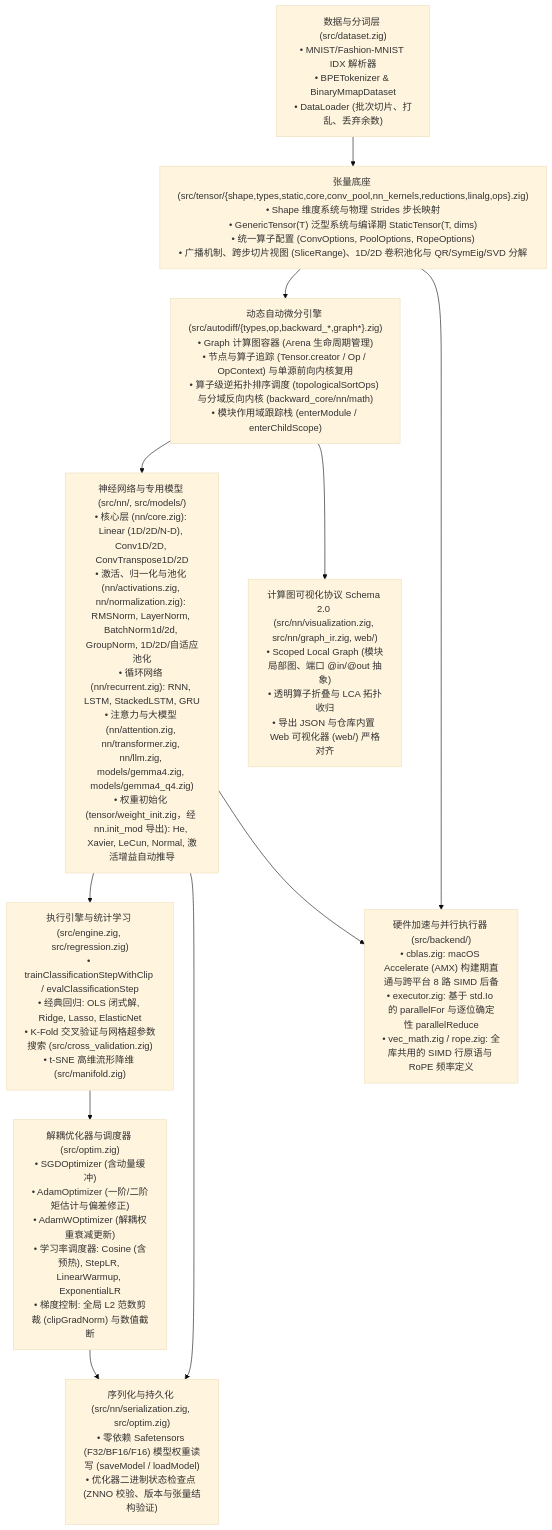
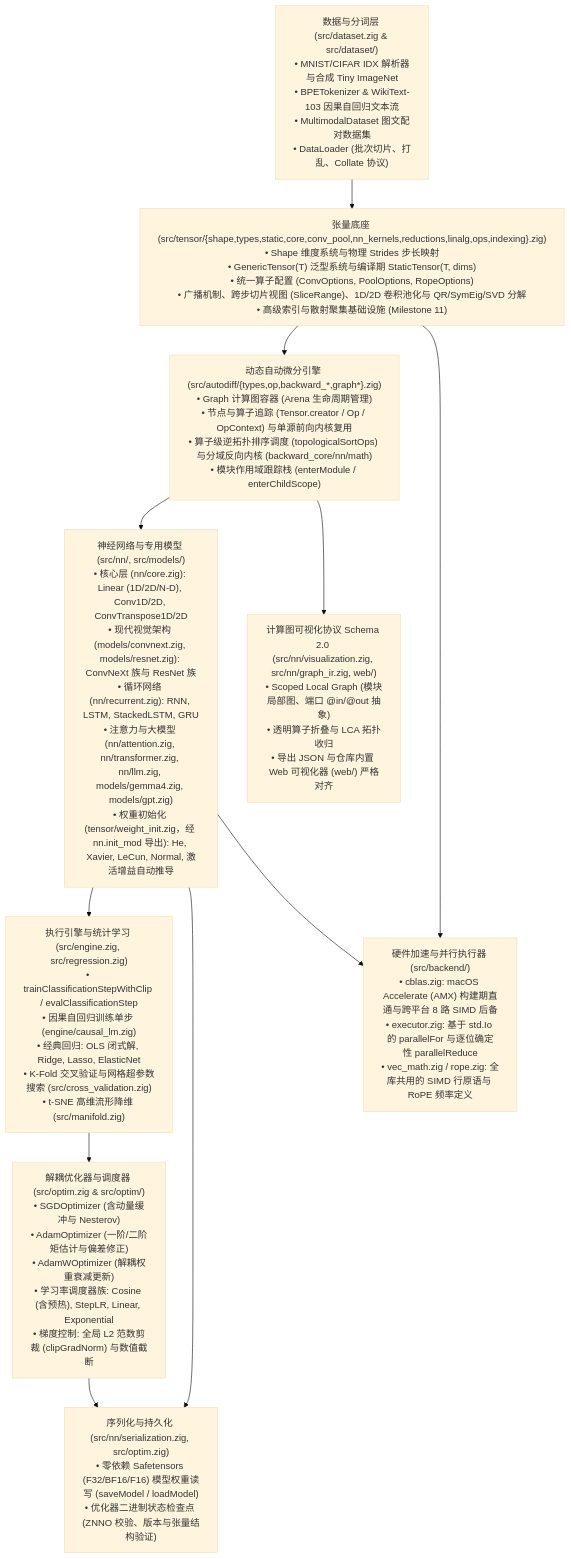
Before and after one commit to chen-gz/znn: the first of 3 diagrams in doc/architecture.md, drawn with Mermaid (base theme). The commit also changed other lines of this file and 28 other files, not shown here.

First line of the commit message:
release(v0.4.2): release znn 0.4.2 with package modularization, test decoupling, and Milestone 11 indexing foundation

````diff
--- a/doc/architecture.md
+++ b/doc/architecture.md
@@ -107,31 +124,31 @@
 ```mermaid
 flowchart TD
-    Dataset["数据与分词层 (src/dataset.zig)\n• MNIST/Fashion-MNIST IDX 解析器\n• BPETokenizer & BinaryMmapDataset\n• DataLoader (批次切片、打乱、丢弃余数)"]
+    Dataset["数据与分词层 (src/dataset.zig & src/dataset/)\n• MNIST/CIFAR IDX 解析器与合成 Tiny ImageNet\n• BPETokenizer & WikiText-103 因果自回归文本流\n• MultimodalDataset 图文配对数据集\n• DataLoader (批次切片、打乱、Collate 协议)"]
     
-    TensorCore["张量底座 (src/tensor/{shape,types,static,core,conv_pool,nn_kernels,reductions,linalg,ops}.zig)\n• Shape 维度系统与物理 Strides 步长映射\n• GenericTensor(T) 泛型系统与编译期 StaticTensor(T, dims)\n• 统一算子配置 (ConvOptions, PoolOptions, RopeOptions)\n• 广播机制、跨步切片视图 (SliceRange)、1D/2D 卷积池化与 QR/SymEig/SVD 分解"]
+    TensorCore["张量底座 (src/tensor/{shape,types,static,core,conv_pool,nn_kernels,reductions,linalg,ops,indexing}.zig)\n• Shape 维度系统与物理 Strides 步长映射\n• GenericTensor(T) 泛型系统与编译期 StaticTensor(T, dims)\n• 统一算子配置 (ConvOptions, PoolOptions, RopeOptions)\n• 广播机制、跨步切片视图 (SliceRange)、1D/2D 卷积池化与 QR/SymEig/SVD 分解\n• 高级索引与散射聚集基础设施 (Milestone 11)"]
     
     Autodiff["动态自动微分引擎 (src/autodiff/{types,op,backward_*,graph*}.zig)\n• Graph 计算图容器 (Arena 生命周期管理)\n• 节点与算子追踪 (Tensor.creator / Op / OpContext) 与单源前向内核复用\n• 算子级逆拓扑排序调度 (topologicalSortOps) 与分域反向内核 (backward_core/nn/math)\n• 模块作用域跟踪栈 (enterModule / enterChildScope)"]
     
-    NNModules["神经网络与专用模型 (src/nn/, src/models/)\n• 核心层 (nn/core.zig): Linear (1D/2D/N-D), Conv1D/2D, ConvTranspose1D/2D\n• 激活、归一化与池化 (nn/activations.zig, nn/normalization.zig): RMSNorm, LayerNorm, BatchNorm1d/2d, GroupNorm, 1D/2D/自适应池化\n• 循环网络 (nn/recurrent.zig): RNN, LSTM, StackedLSTM, GRU\n• 注意力与大模型 (nn/attention.zig, nn/transformer.zig, nn/llm.zig, models/gemma4.zig, models/gemma4_q4.zig)\n• 权重初始化 (tensor/weight_init.zig，经 nn.init_mod 导出): He, Xavier, LeCun, Normal, 激活增益自动推导"]
+    NNModules["神经网络与专用模型 (src/nn/, src/models/)\n• 核心层 (nn/core.zig): Linear (1D/2D/N-D), Conv1D/2D, ConvTranspose1D/2D\n• 现代视觉架构 (models/convnext.zig, models/resnet.zig): ConvNeXt 族与 ResNet 族\n• 循环网络 (nn/recurrent.zig): RNN, LSTM, StackedLSTM, GRU\n• 注意力与大模型 (nn/attention.zig, nn/transformer.zig, nn/llm.zig, models/gemma4.zig, models/gpt.zig)\n• 权重初始化 (tensor/weight_init.zig，经 nn.init_mod 导出): He, Xavier, LeCun, Normal, 激活增益自动推导"]
     
-    Engine["执行引擎与统计学习 (src/engine.zig, src/regression.zig)\n• trainClassificationStepWithClip / evalClassificationStep\n• 经典回归: OLS 闭式解, Ridge, Lasso, ElasticNet\n• K-Fold 交叉验证与网格超参数搜索 (src/cross_validation.zig)\n• t-SNE 高维流形降维 (src/manifold.zig)"]
+    Engine["执行引擎与统计学习 (src/engine.zig, src/regression.zig)\n• trainClassificationStepWithClip / evalClassificationStep\n• 因果自回归训练单步 (engine/causal_lm.zig)\n• 经典回归: OLS 闭式解, Ridge, Lasso, ElasticNet\n• K-Fold 交叉验证与网格超参数搜索 (src/cross_validation.zig)\n• t-SNE 高维流形降维 (src/manifold.zig)"]
     
-    Optimizers["解耦优化器与调度器 (src/optim.zig)\n• SGDOptimizer (含动量缓冲)\n• AdamOptimizer (一阶/二阶矩估计与偏差修正)\n• AdamWOptimizer (解耦权重衰减更新)\n• 学习率调度器: Cosine (含预热), StepLR, LinearWarmup, ExponentialLR\n• 梯度控制: 全局 L2 范数剪裁 (clipGradNorm) 与数值截断"]
+    Optimizers["解耦优化器与调度器 (src/optim.zig & src/optim/)\n• SGDOptimizer (含动量缓冲与 Nesterov)\n• AdamOptimizer (一阶/二阶矩估计与偏差修正)\n• AdamWOptimizer (解耦权重衰减更新)\n• 学习率调度器族: Cosine (含预热), StepLR, Linear, Exponential\n• 梯度控制: 全局 L2 范数剪裁 (clipGradNorm) 与数值截断"]
     
     Persistence["序列化与持久化 (src/nn/serialization.zig, src/optim.zig)\n• 零依赖 Safetensors (F32/BF16/F16) 模型权重读写 (saveModel / loadModel)\n• 优化器二进制状态检查点 (ZNNO 校验、版本与张量结构验证)"]
     
     Visualization["计算图可视化协议 Schema 2.0 (src/nn/visualization.zig, src/nn/graph_ir.zig, web/)\n• Scoped Local Graph (模块局部图、端口 @in/@out 抽象)\n• 透明算子折叠与 LCA 拓扑收归\n• 导出 JSON 与仓库内置 Web 可视化器 (web/) 严格对齐"]
     
     Backend["硬件加速与并行执行器 (src/backend/)\n• cblas.zig: macOS Accelerate (AMX) 构建期直通与跨平台 8 路 SIMD 后备\n• executor.zig: 基于 std.Io 的 parallelFor 与逐位确定性 parallelReduce\n• vec_math.zig / rope.zig: 全库共用的 SIMD 行原语与 RoPE 频率定义"]
 
     Dataset --> TensorCore
     TensorCore --> Autodiff
     Autodiff --> NNModules
     NNModules --> Engine
     Engine --> Optimizers
     NNModules --> Persistence
     Optimizers --> Persistence
     Autodiff --> Visualization
     TensorCore --> Backend
     NNModules --> Backend
 ```
````
